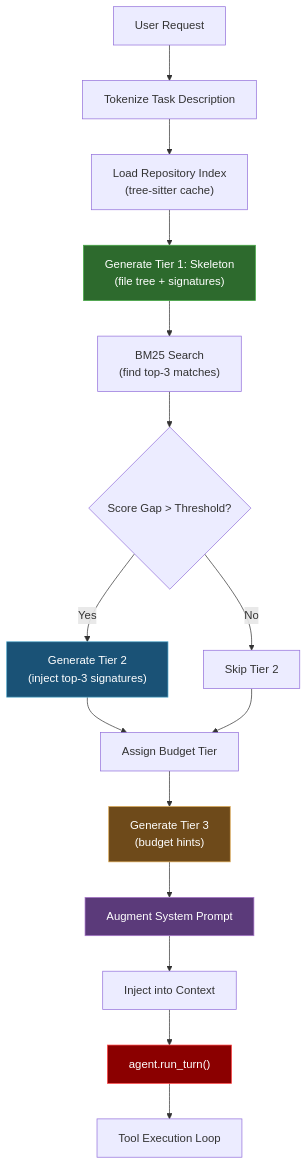
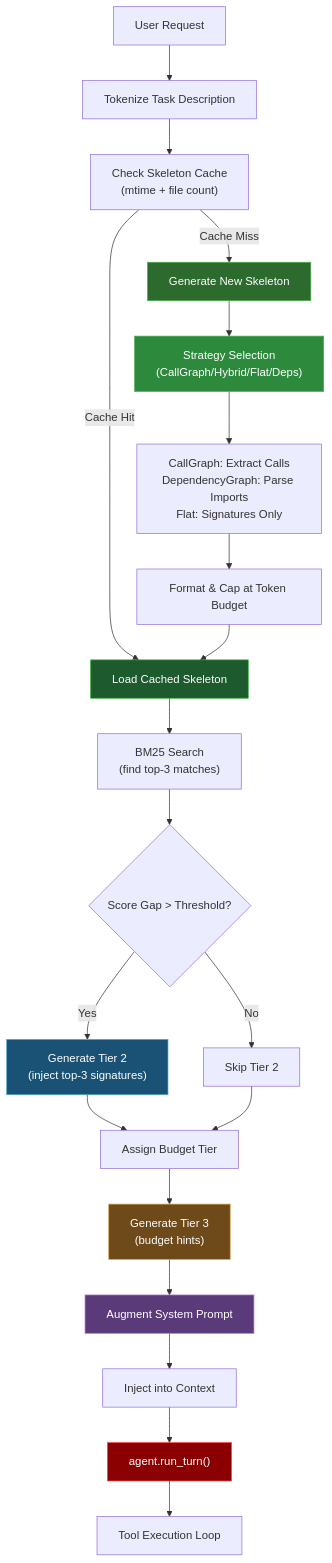
Before and after one commit to wojciechkpl/hone: the diagram in docs/context-injection.md, drawn with Mermaid. The commit also changed other lines of this file and 5 other files, not shown here.

Commit message:
Document CallGraph: standalone page, strategy comparison, deep-dive, benchmarks

````diff
--- a/docs/context-injection.md
+++ b/docs/context-injection.md
@@ -377,23 +709,30 @@
 ```mermaid
 graph TD
     A["User Request"] --> B["Tokenize Task Description"]
-    B --> C["Load Repository Index<br/>(tree-sitter cache)"]
-    C --> D["Generate Tier 1: Skeleton<br/>(file tree + signatures)"]
-    D --> E["BM25 Search<br/>(find top-3 matches)"]
+    B --> C["Check Skeleton Cache<br/>(mtime + file count)"]
+    C -->|Cache Hit| D1["Load Cached Skeleton"]
+    C -->|Cache Miss| D2["Generate New Skeleton"]
+    D2 --> D2a["Strategy Selection<br/>(CallGraph/Hybrid/Flat/Deps)"]
+    D2a --> D2b["CallGraph: Extract Calls<br/>DependencyGraph: Parse Imports<br/>Flat: Signatures Only"]
+    D2b --> D2c["Format & Cap at Token Budget"]
+    D2c --> D1
+    D1 --> E["BM25 Search<br/>(find top-3 matches)"]
     E --> F{"Score Gap > Threshold?"}
     F -->|Yes| G["Generate Tier 2<br/>(inject top-3 signatures)"]
     F -->|No| H["Skip Tier 2"]
     G --> I["Assign Budget Tier"]
     H --> I
     I --> J["Generate Tier 3<br/>(budget hints)"]
     J --> K["Augment System Prompt"]
     K --> L["Inject into Context"]
     L --> M["agent.run_turn()"]
     M --> N["Tool Execution Loop"]
     
-    style D fill:#2d6a2d,stroke:#4a4,color:#fff
+    style D2 fill:#2d6a2d,stroke:#4a4,color:#fff
+    style D2a fill:#2d8a3d,stroke:#5a5,color:#fff
+    style D1 fill:#1d5a2d,stroke:#3a3,color:#fff
     style G fill:#1a5276,stroke:#5ac,color:#fff
     style J fill:#6e4a1a,stroke:#da5,color:#fff
     style K fill:#5b3a7a,stroke:#a7c,color:#fff
     style M fill:#8b0000,stroke:#f44,color:#fff
 ```
````
